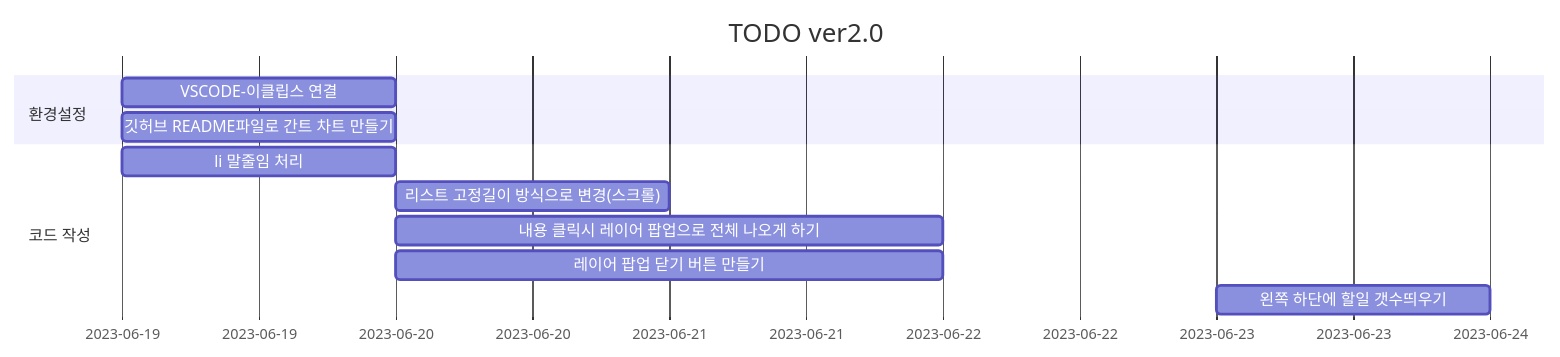
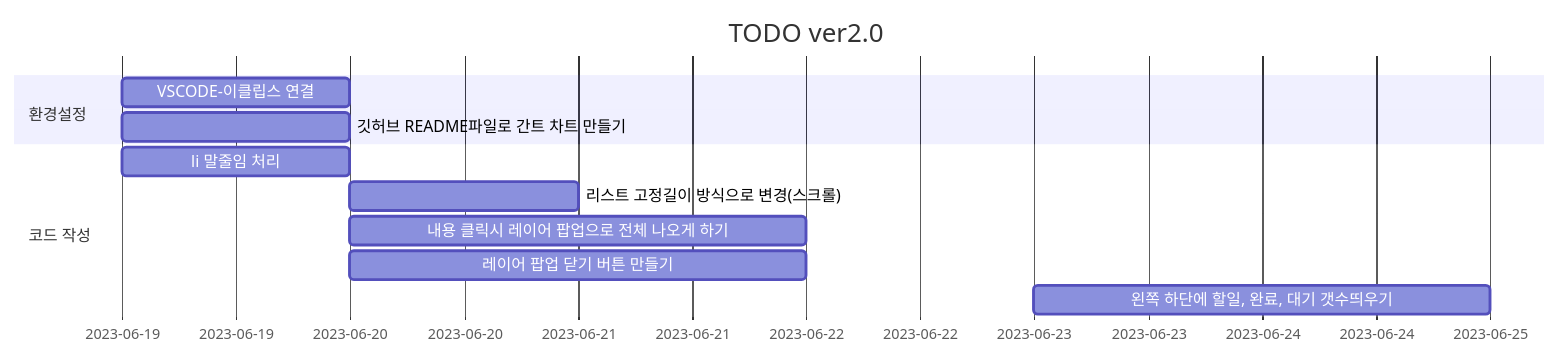
The diagram in TODO_ver2/README.md (UDONGSALI/Toy-Project), drawn with Mermaid before and after one commit. The commit also changed other lines of this file, not shown here.

Commit message:
Update README.md
2023/6/25

할일 수 띄우고 나서 대기 완료 수 띄우는 것은 생각보다 빠르게 했다

````diff
--- a/TODO_ver2/README.md
+++ b/TODO_ver2/README.md
@@ -23,14 +23,14 @@
 ```mermaid
 gantt
     title TODO ver2.0
     dateFormat  YYYY-MM-DD
     section 환경설정
     VSCODE-이클립스 연결:2023-06-19, 1d
     깃허브 README파일로 간트 차트 만들기:2023-06-19, 1d
     section 코드 작성
     li 말줄임 처리: 2023-06-19, 1d
     리스트 고정길이 방식으로 변경(스크롤): 2023-06-20, 1d
     내용 클릭시 레이어 팝업으로 전체 나오게 하기: 2023-06-20, 2d
     레이어 팝업 닫기 버튼 만들기: 2023-06-20, 2d
-    왼쪽 하단에 할일 갯수띄우기: 2023-06-23, 1d
+    왼쪽 하단에 할일, 완료, 대기 갯수띄우기: 2023-06-23, 2d
 ```
````
